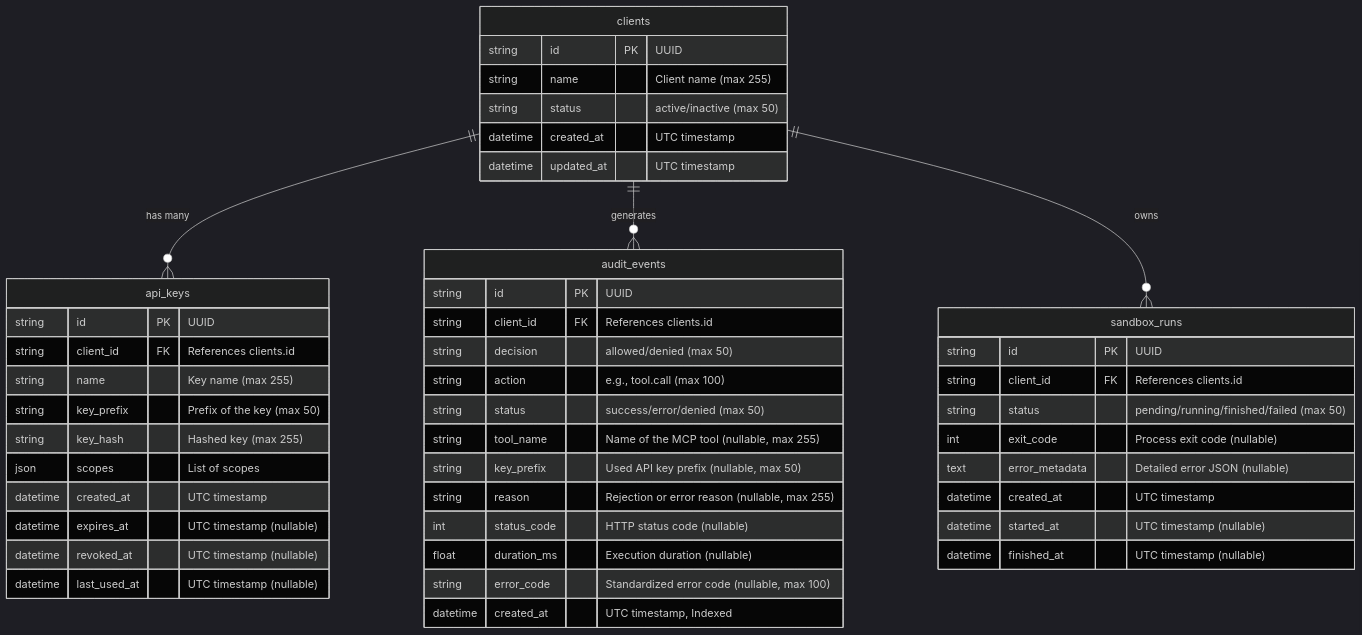
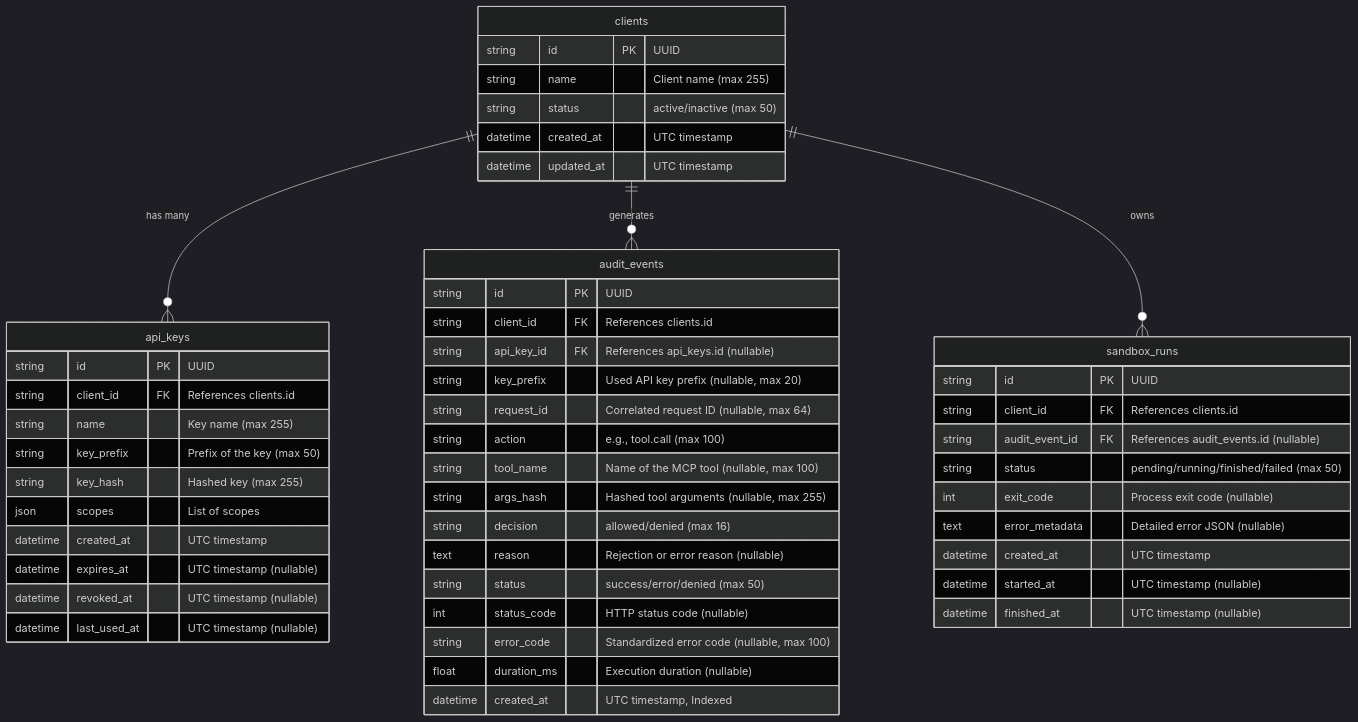
One commit to aneek22112007-tech/mcp-a2a-secure changed the diagram in docs/DATA_MODEL.md. Above: the diagram before and after it, drawn with Mermaid (dark theme). The commit also changed other lines of this file and 5 other files, not shown here.

````diff
--- a/docs/DATA_MODEL.md
+++ b/docs/DATA_MODEL.md
@@ -7,53 +7,57 @@
 ```mermaid
 erDiagram
     clients ||--o{ api_keys : "has many"
     clients ||--o{ audit_events : "generates"
     clients ||--o{ sandbox_runs : "owns"
     
     clients {
         string id PK "UUID"
         string name "Client name (max 255)"
         string status "active/inactive (max 50)"
         datetime created_at "UTC timestamp"
         datetime updated_at "UTC timestamp"
     }
 
     api_keys {
         string id PK "UUID"
         string client_id FK "References clients.id"
         string name "Key name (max 255)"
         string key_prefix "Prefix of the key (max 50)"
         string key_hash "Hashed key (max 255)"
         json scopes "List of scopes"
         datetime created_at "UTC timestamp"
         datetime expires_at "UTC timestamp (nullable)"
         datetime revoked_at "UTC timestamp (nullable)"
         datetime last_used_at "UTC timestamp (nullable)"
     }
 
     audit_events {
         string id PK "UUID"
         string client_id FK "References clients.id"
-        string decision "allowed/denied (max 50)"
+        string api_key_id FK "References api_keys.id (nullable)"
+        string key_prefix "Used API key prefix (nullable, max 20)"
+        string request_id "Correlated request ID (nullable, max 64)"
         string action "e.g., tool.call (max 100)"
+        string tool_name "Name of the MCP tool (nullable, max 100)"
+        string args_hash "Hashed tool arguments (nullable, max 255)"
+        string decision "allowed/denied (max 16)"
+        text reason "Rejection or error reason (nullable)"
         string status "success/error/denied (max 50)"
-        string tool_name "Name of the MCP tool (nullable, max 255)"
-        string key_prefix "Used API key prefix (nullable, max 50)"
-        string reason "Rejection or error reason (nullable, max 255)"
         int status_code "HTTP status code (nullable)"
+        string error_code "Standardized error code (nullable, max 100)"
         float duration_ms "Execution duration (nullable)"
-        string error_code "Standardized error code (nullable, max 100)"
         datetime created_at "UTC timestamp, Indexed"
     }
 
     sandbox_runs {
         string id PK "UUID"
         string client_id FK "References clients.id"
+        string audit_event_id FK "References audit_events.id (nullable)"
         string status "pending/running/finished/failed (max 50)"
         int exit_code "Process exit code (nullable)"
         text error_metadata "Detailed error JSON (nullable)"
         datetime created_at "UTC timestamp"
         datetime started_at "UTC timestamp (nullable)"
         datetime finished_at "UTC timestamp (nullable)"
     }
 ```
````
